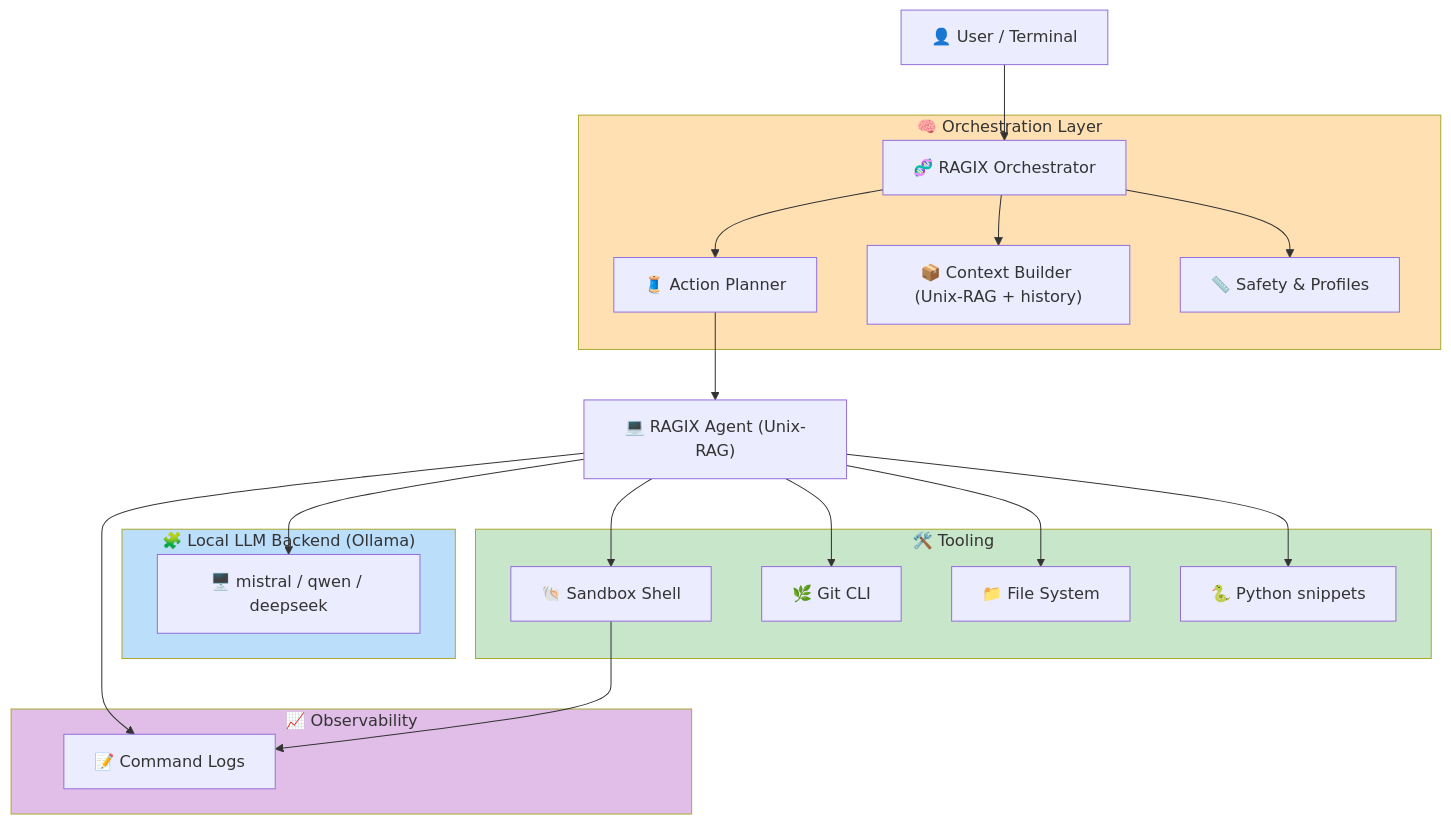
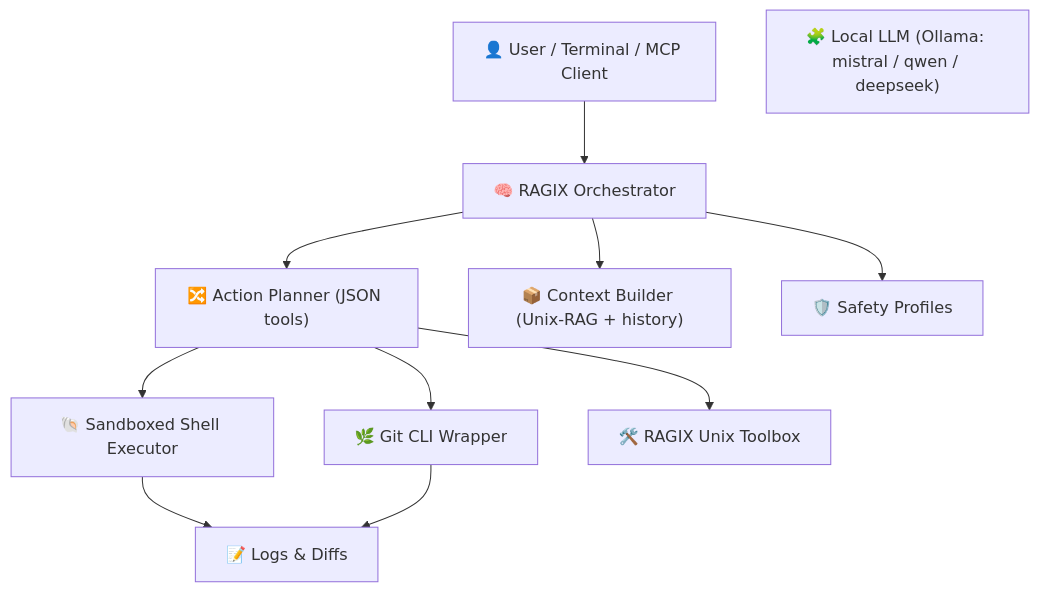
The diagram in README.md (ovitrac/RAGIX), drawn with Mermaid before and after one commit. The commit also changed other lines of this file and 10 other files, not shown here.

````diff
--- a/README.md
+++ b/README.md
@@ -135,31 +110,23 @@
 ```mermaid
 flowchart TB
- subgraph ORCH_SUB["🧠 Orchestration Layer"]
-        ROUTE["🧵 Action Planner"]
-        ORCH["🧬 RAGIX Orchestrator"]
-        CTX["📦 Context Builder (Unix-RAG + history)"]
-        POLICY["📏 Safety & Profiles"]
-  end
- subgraph LLM["🧩 Local LLM Backend (Ollama)"]
-        MSTRL["🖥️ mistral / qwen / deepseek"]
-  end
- subgraph TOOLS["🛠️ Tooling"]
-        SHELL["🐚 Sandbox Shell"]
-        GIT["🌿 Git CLI"]
-        FS["📁 File System"]
-        PY["🐍 Python snippets"]
-  end
- subgraph OBS["📈 Observability"]
-        LOGS["📝 Command Logs"]
-  end
-    U["👤 User / Terminal"] --> ORCH
-    ORCH --> ROUTE & CTX & POLICY
-    ROUTE --> RAGIX["💻 RAGIX Agent (Unix-RAG)"]
-    RAGIX --> MSTRL & SHELL & GIT & FS & PY & LOGS
-    SHELL --> LOGS
-    style ORCH_SUB fill:#FFE0B2
-    style LLM fill:#BBDEFB
-    style TOOLS fill:#C8E6C9
-    style OBS fill:#E1BEE7
+    U["👤 User / Terminal / MCP Client"]
+    ORCH["🧠 RAGIX Orchestrator"]
+    ROUTE["🔀 Action Planner (JSON tools)"]
+    CTX["📦 Context Builder (Unix-RAG + history)"]
+    SAFETY["🛡️ Safety Profiles"]
+    LLM["🧩 Local LLM (Ollama: mistral / qwen / deepseek)"]
+    SHELL["🐚 Sandboxed Shell Executor"]
+    GIT["🌿 Git CLI Wrapper"]
+    TOOLS["🛠️ RAGIX Unix Toolbox"]
+    OBS["📝 Logs & Diffs"]
 
+    U --> ORCH
+    ORCH --> ROUTE
+    ORCH --> CTX
+    ORCH --> SAFETY
+    ROUTE --> SHELL
+    ROUTE --> GIT
+    ROUTE --> TOOLS
+    SHELL --> OBS
+    GIT --> OBS
 ```
````
